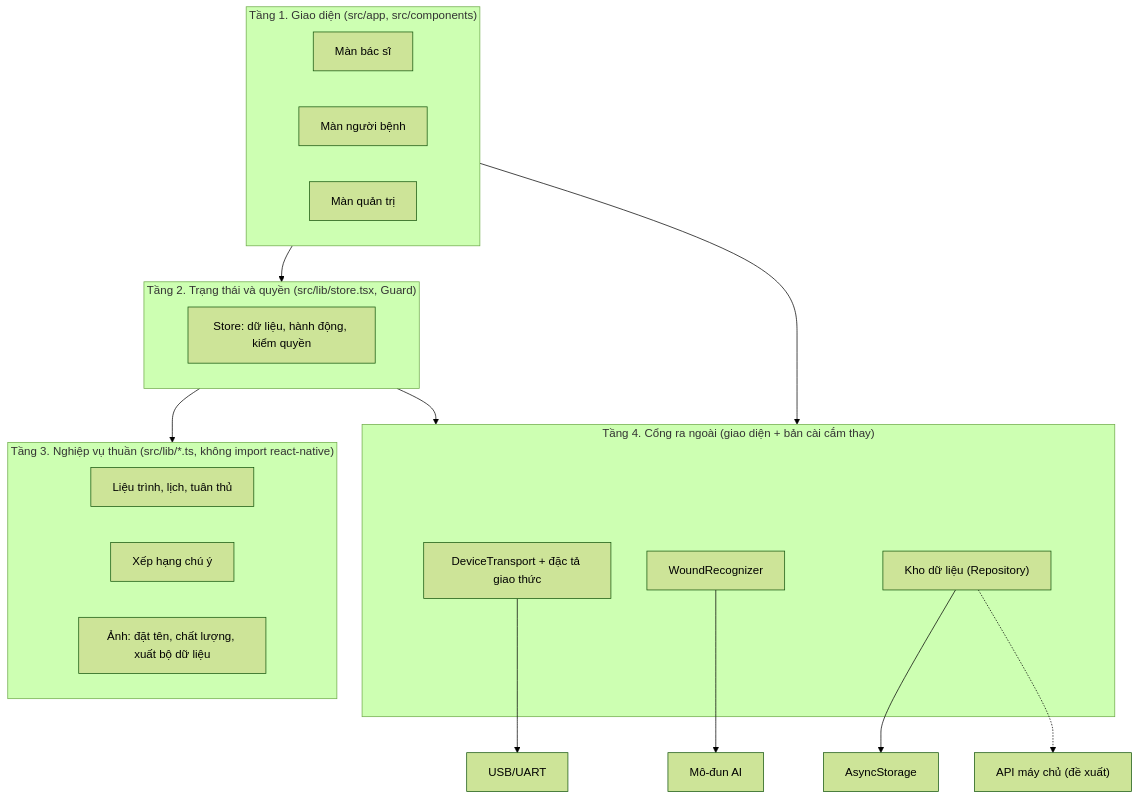
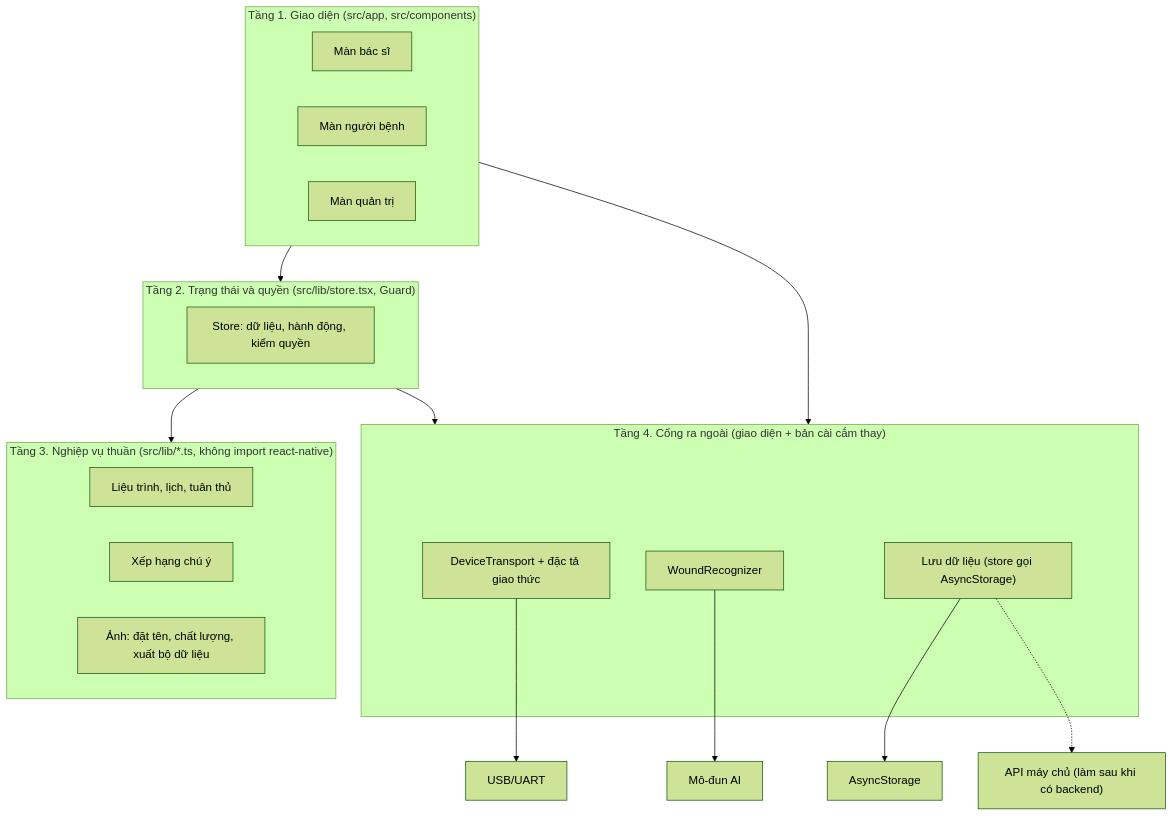
Before and after one commit to mducnguyen610/PlasmaProApp: the second of 4 diagrams in docs/thiet-ke/10-kien-truc-tong-the.md, drawn with Mermaid (forest theme). The commit also changed other lines of this file, not shown here.

First line of the commit message:
docs(thiet-ke): chốt KT1 giữ demo một máy, đồng bộ làm sau khi có backend

````diff
--- a/docs/thiet-ke/10-kien-truc-tong-the.md
+++ b/docs/thiet-ke/10-kien-truc-tong-the.md
@@ -42,28 +42,28 @@
 ```mermaid
 flowchart TB
   subgraph T1["Tầng 1. Giao diện (src/app, src/components)"]
     M1["Màn bác sĩ"]
     M2["Màn người bệnh"]
     M3["Màn quản trị"]
   end
   subgraph T2["Tầng 2. Trạng thái và quyền (src/lib/store.tsx, Guard)"]
     ST["Store: dữ liệu, hành động, kiểm quyền"]
   end
   subgraph T3["Tầng 3. Nghiệp vụ thuần (src/lib/*.ts, không import react-native)"]
     N1["Liệu trình, lịch, tuân thủ"]
     N2["Xếp hạng chú ý"]
     N3["Ảnh: đặt tên, chất lượng, xuất bộ dữ liệu"]
   end
   subgraph T4["Tầng 4. Cổng ra ngoài (giao diện + bản cài cắm thay)"]
     P1["DeviceTransport + đặc tả giao thức"]
     P2["WoundRecognizer"]
-    P3["Kho dữ liệu (Repository)"]
+    P3["Lưu dữ liệu (store gọi AsyncStorage)"]
   end
   T1 --> T2 --> T3
   T2 --> T4
   T1 --> T4
   P1 --> USB["USB/UART"]
   P2 --> AIm["Mô-đun AI"]
   P3 --> LOC["AsyncStorage"]
-  P3 -.-> API["API máy chủ (đề xuất)"]
+  P3 -.-> API["API máy chủ (làm sau khi có backend)"]
 ```
````
